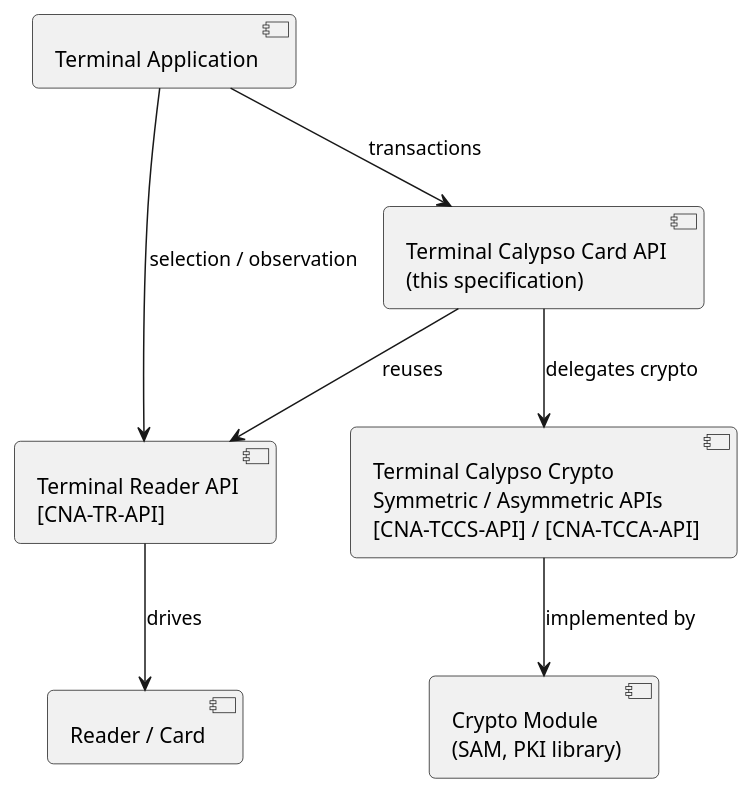
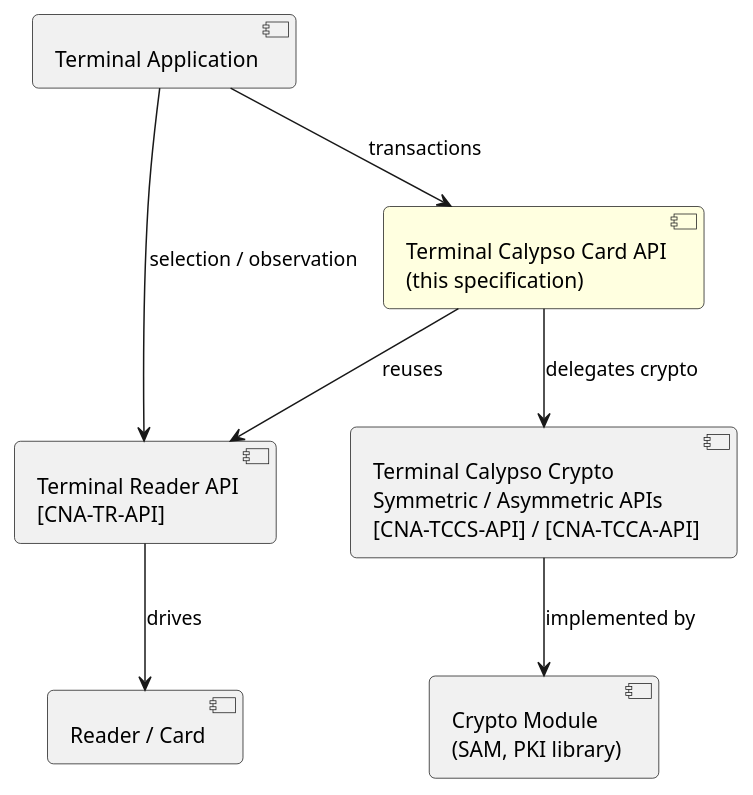
Before and after one commit to calypsonet/calypsonet-terminal-calypso-card-uml-api: the first of 2 diagrams in api_specification.adoc, drawn with PlantUML.

```diff
--- a/api_specification.adoc
+++ b/api_specification.adoc
@@ -280,21 +280,21 @@
 [plantuml,target=architecture-overview,format=svg]
 ....
 @startuml
 skinparam shadowing false
 skinparam roundCorner 8
 
 component "Terminal Application" as App
 component "Terminal Reader API\n[CNA-TR-API]" as TR
-component "Terminal Calypso Card API\n(this specification)" as TCC
+component "Terminal Calypso Card API\n(this specification)" as TCC #LightYellow
 component "Terminal Calypso Crypto\nSymmetric / Asymmetric APIs\n[CNA-TCCS-API] / [CNA-TCCA-API]" as TCCx
 component "Crypto Module\n(SAM, PKI library)" as Mod
 component "Reader / Card" as RC
 
 App  --> TR  : selection / observation
 App  --> TCC : transactions
 TCC  --> TCCx: delegates crypto
 TCC  --> TR  : reuses
 TCCx --> Mod : implemented by
 TR   --> RC  : drives
 @enduml
 ....
```
